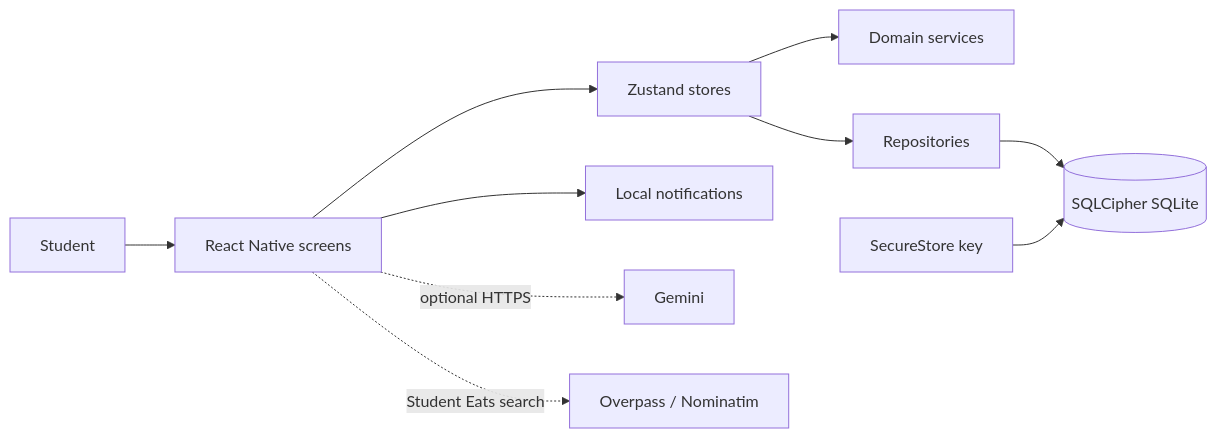
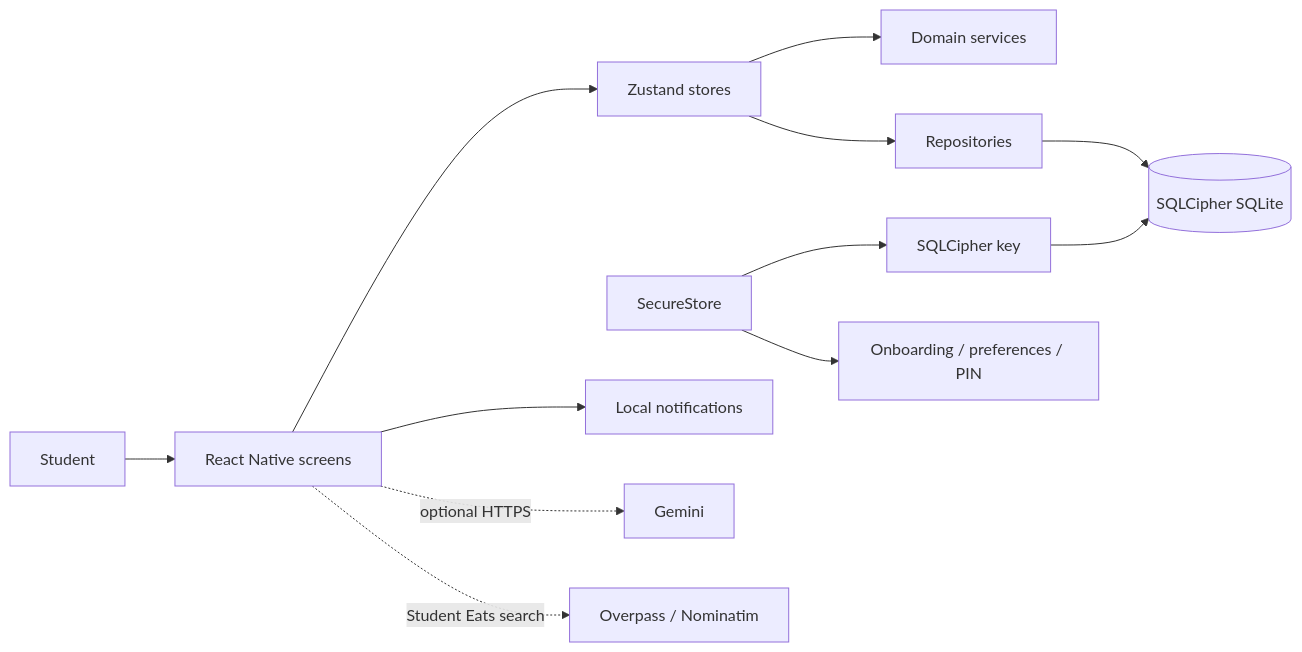
Before and after one commit to SecretlySpy/TIP_MoneyMap-Finance-Tracker-App: the diagram in Project Guidelines/Architecture and Operations.md, drawn with Mermaid. The commit also changed other lines of this file and 60 other files, not shown here.

````diff
--- a/Project Guidelines/Architecture and Operations.md
+++ b/Project Guidelines/Architecture and Operations.md
@@ -7,12 +7,14 @@
 ```mermaid
 flowchart LR
   U[Student] --> UI[React Native screens]
   UI --> S[Zustand stores]
   S --> D[Domain services]
   S --> R[Repositories]
   R --> DB[(SQLCipher SQLite)]
-  K[SecureStore key] --> DB
+  SS[SecureStore] --> K[SQLCipher key]
+  K --> DB
+  SS --> O[Onboarding / preferences / PIN]
   UI --> N[Local notifications]
   UI -. optional HTTPS .-> G[Gemini]
   UI -. Student Eats search .-> P[Overpass / Nominatim]
 ```
````
